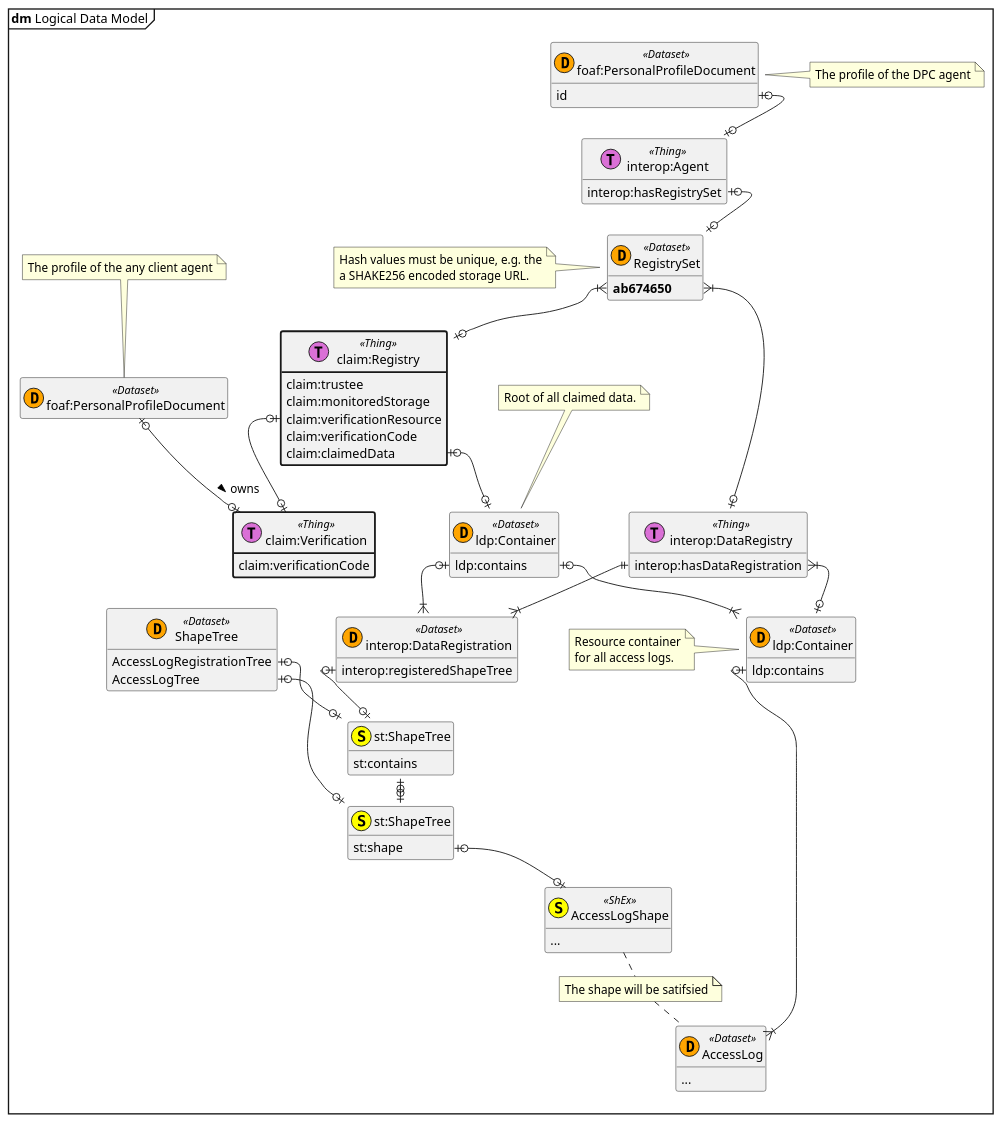
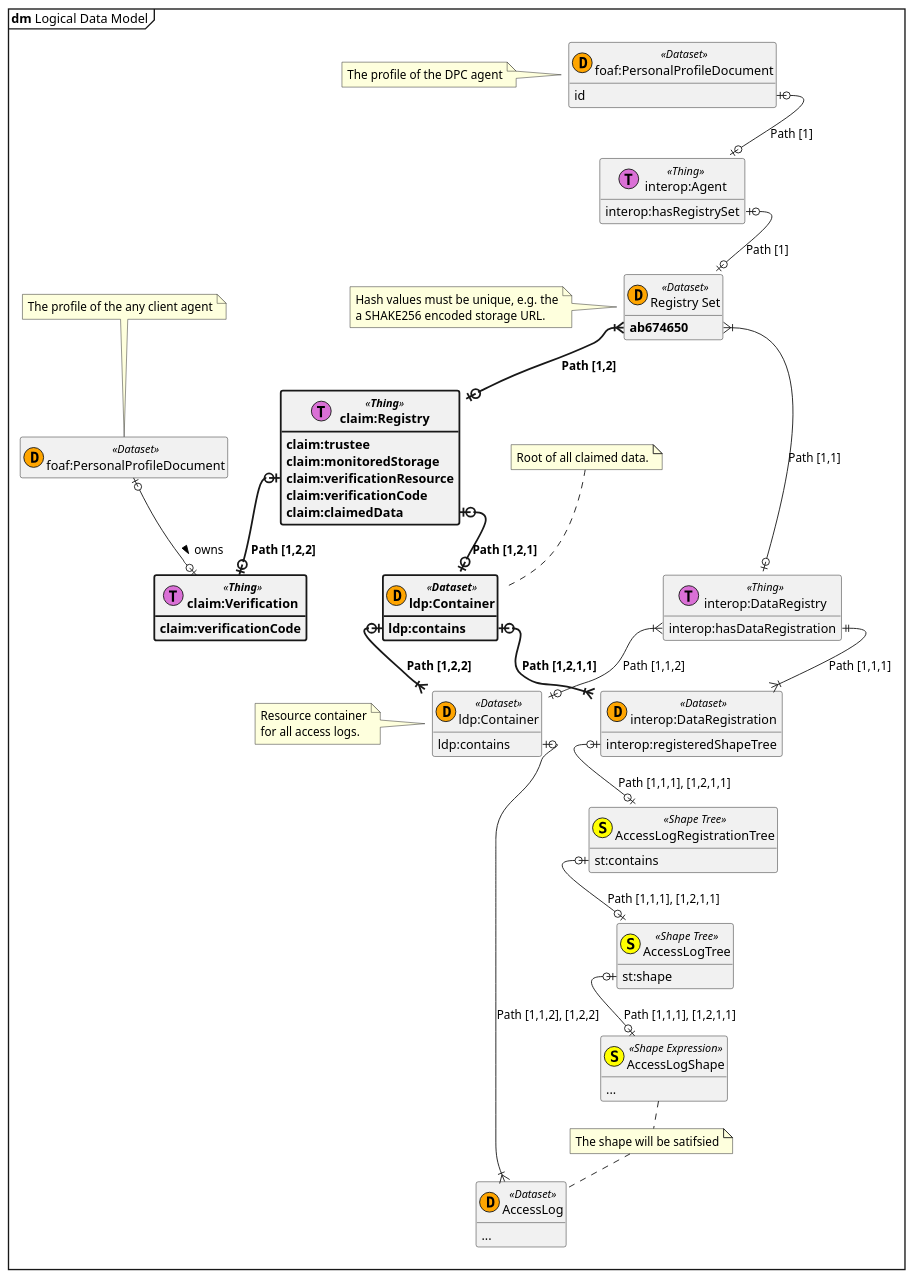
One commit to guddii/SEACT changed the diagram in docs/resources/diagrams/dm_Logical_model.puml. Above: the diagram before and after it, drawn with PlantUML. The commit also changed 22 other files, not shown here.

```diff
--- a/docs/resources/diagrams/dm_Logical_model.puml
+++ b/docs/resources/diagrams/dm_Logical_model.puml
@@ -1,85 +1,79 @@
 @startuml
 top to bottom direction
 hide empty members
 skinparam nodesep 50
-skinparam ranksep 25
+skinparam ranksep 30
 
 mainframe **dm** Logical Data Model
 
 entity  "foaf:PersonalProfileDocument" as WebID_Client << (D,orange) Dataset >> {
 }
 note top: The profile of the any client agent
-entity "claim:Verification" as Verification << (T,orchid) Thing >> #line.bold  {
-    claim:verificationCode
+entity "**claim:Verification**" as Verification << (T,orchid) **Thing** >> #line.bold  {
+    **claim:verificationCode**
 }
 entity "foaf:PersonalProfileDocument" as WebID_DPC << (D,orange) Dataset >> {
     id
 }
-note right: The profile of the DPC agent
+note left: The profile of the DPC agent
 entity "interop:Agent" as SocialAgent << (T,orchid) Thing >> {
     interop:hasRegistrySet
 }
-entity "RegistrySet" as RegistrySet << (D,orange) Dataset >> {
+entity "Registry Set" as RegistrySet << (D,orange) Dataset >> {
     **ab674650**
 }
 note left: Hash values must be unique, e.g. the\na SHAKE256 encoded storage URL.
 entity "interop:DataRegistry" as DataRegistry << (T,orchid) Thing >> {
     interop:hasDataRegistration
 }
-entity "claim:Registry" as ClaimRegistry << (T,orchid) Thing >> #line.bold {
-    claim:trustee
-    claim:monitoredStorage
-    claim:verificationResource
-    claim:verificationCode
-    claim:claimedData
+entity "**claim:Registry**" as ClaimRegistry << (T,orchid) **Thing** >> #line.bold {
+    **claim:trustee**
+    **claim:monitoredStorage**
+    **claim:verificationResource**
+    **claim:verificationCode**
+    **claim:claimedData**
 }
-entity "ldp:Container" as Container1 << (D,orange) Dataset >> {
-    ldp:contains
+entity "**ldp:Container**" as Container1 << (D,orange) **Dataset** >> #line.bold {
+   **ldp:contains**
 }
 note top: Root of all claimed data.
 entity "interop:DataRegistration" as DataRegistration << (D,orange) Dataset >> {
     interop:registeredShapeTree
 }
 entity "ldp:Container" as Container2 << (D,orange) Dataset >> {
     ldp:contains
 }
 note left: Resource container\nfor all access logs.
 entity "AccessLog" as AccessLog << (D,orange) Dataset >>{
     ...
 }
-entity "ShapeTree" as ShapeTree << (D,orange) Dataset >> {
-    AccessLogRegistrationTree
-    AccessLogTree
-}
-entity "st:ShapeTree" as AccessLogRegistrationTree << (S,yellow) >> {
+entity "AccessLogRegistrationTree" as AccessLogRegistrationTree << (S,yellow) Shape Tree >> {
     st:contains
 }
-entity "st:ShapeTree" as AccessLogTree << (S,yellow) >> {
+entity "AccessLogTree" as AccessLogTree << (S,yellow) Shape Tree >> {
     st:shape
 }
-entity "AccessLogShape" as AccessLogShape << (S,yellow) ShEx >> {
+entity "AccessLogShape" as AccessLogShape << (S,yellow) Shape Expression >> {
     ...
 }
 
-WebID_Client                            |o--o|  Verification : > owns
-WebID_DPC::id                           |o--o|  SocialAgent
-SocialAgent::hasRegistrySet             |o--o|  RegistrySet
-RegistrySet::ab674650                   }|--o|  DataRegistry
-DataRegistry::hasDataRegistration       }|--o|  Container2
-DataRegistry::hasDataRegistration       ||--|{  DataRegistration
-RegistrySet::ab674650                   }|--o|  ClaimRegistry
-ClaimRegistry::claimedData              |o--o|  Container1
-Container1::contains                    |o--|{  DataRegistration
-Container1::contains                    |o--|{  Container2
-Container2::contains                    |o--|{  AccessLog
-DataRegistration::registeredShapeTree   |o--o|  AccessLogRegistrationTree
-AccessLogRegistrationTree::cotains      |o--o|  AccessLogTree
-ShapeTree::AccessLogRegistrationTree    |o--o|  AccessLogRegistrationTree
-ShapeTree::AccessLogTree                |o--o|  AccessLogTree
-ClaimRegistry::verificationResource     |o--o|  Verification
-AccessLogTree::shape                    |o--o|  AccessLogShape
+WebID_Client                            |o--o|          Verification                : > owns
+WebID_DPC::id                           |o--o|          SocialAgent                 : Path [1]
+SocialAgent::hasRegistrySet             |o--o|          RegistrySet                 : Path [1]
+RegistrySet::ab674650                   }|--o|          DataRegistry                : Path [1,1]
+DataRegistry::hasDataRegistration       ||--|{          DataRegistration            : Path [1,1,1]
+DataRegistration::registeredShapeTree   |o--o|          AccessLogRegistrationTree   : Path [1,1,1], [1,2,1,1]
+AccessLogRegistrationTree::contains     |o--o|          AccessLogTree               : Path [1,1,1], [1,2,1,1]
+AccessLogTree::shape                    |o--o|          AccessLogShape              : Path [1,1,1], [1,2,1,1]
+DataRegistry::hasDataRegistration       }|--o|          Container2                  : Path [1,1,2]
+Container2::contains                    |o--|{          AccessLog                   : Path [1,1,2], [1,2,2]
+RegistrySet::ab674650                   }|-[bold]-o|    ClaimRegistry               : **Path [1,2]**
+ClaimRegistry::claimedData              |o-[bold]-o|    Container1                  : **Path [1,2,1]**
+Container1::contains                    |o-[bold]-|{    DataRegistration            : **Path [1,2,1,1]**
+Container1::contains                    |o-[bold]-|{    Container2                  : **Path [1,2,2]**
+ClaimRegistry::verificationResource     |o-[bold]-o|    Verification                : **Path [1,2,2]**
 
-note "The shape will be satifsied" as N2
-AccessLogShape .. N2
-N2 .. AccessLog
+note "The shape will be satifsied" as Note
+AccessLogShape .. Note
+Note .. AccessLog
 @enduml
```
